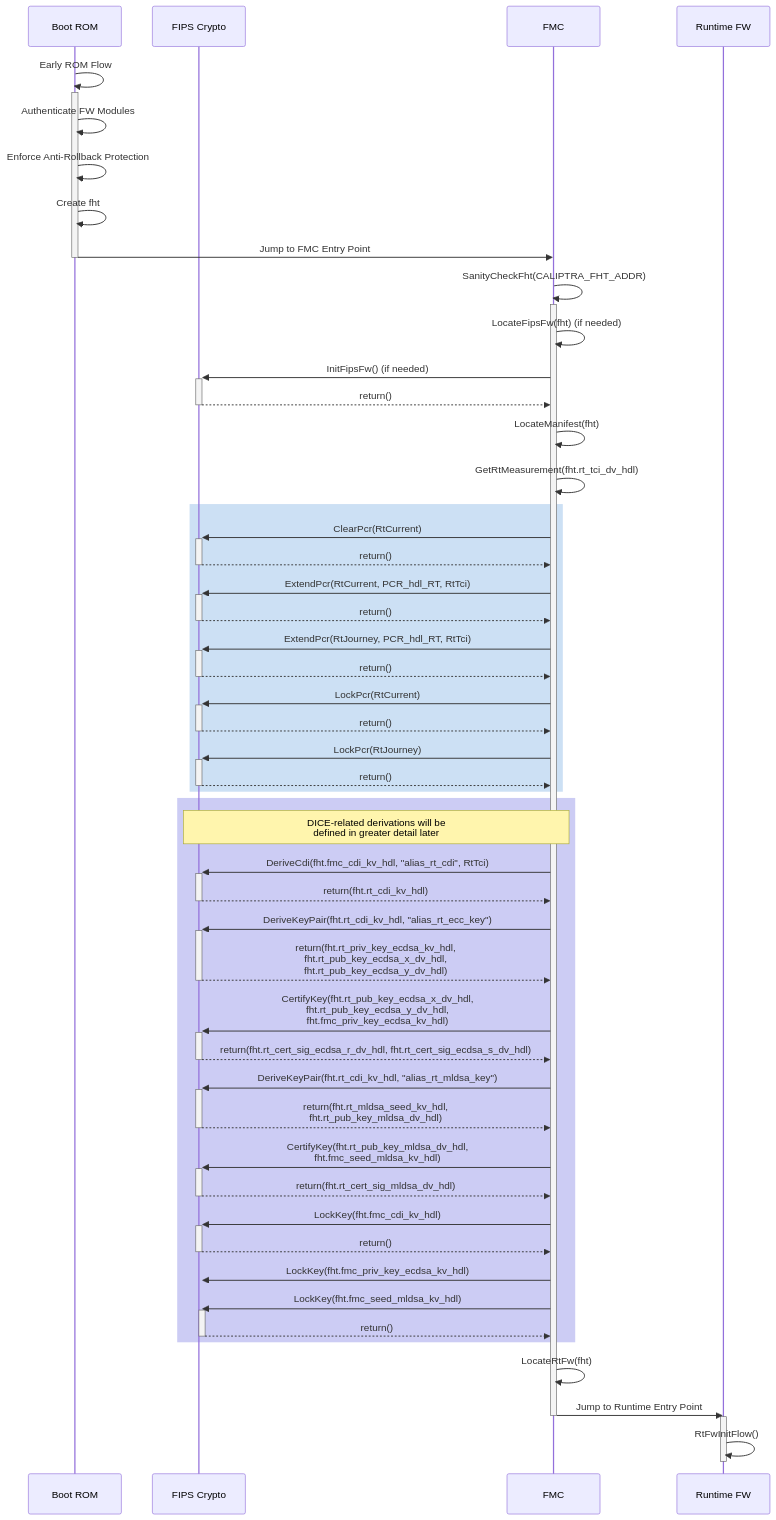
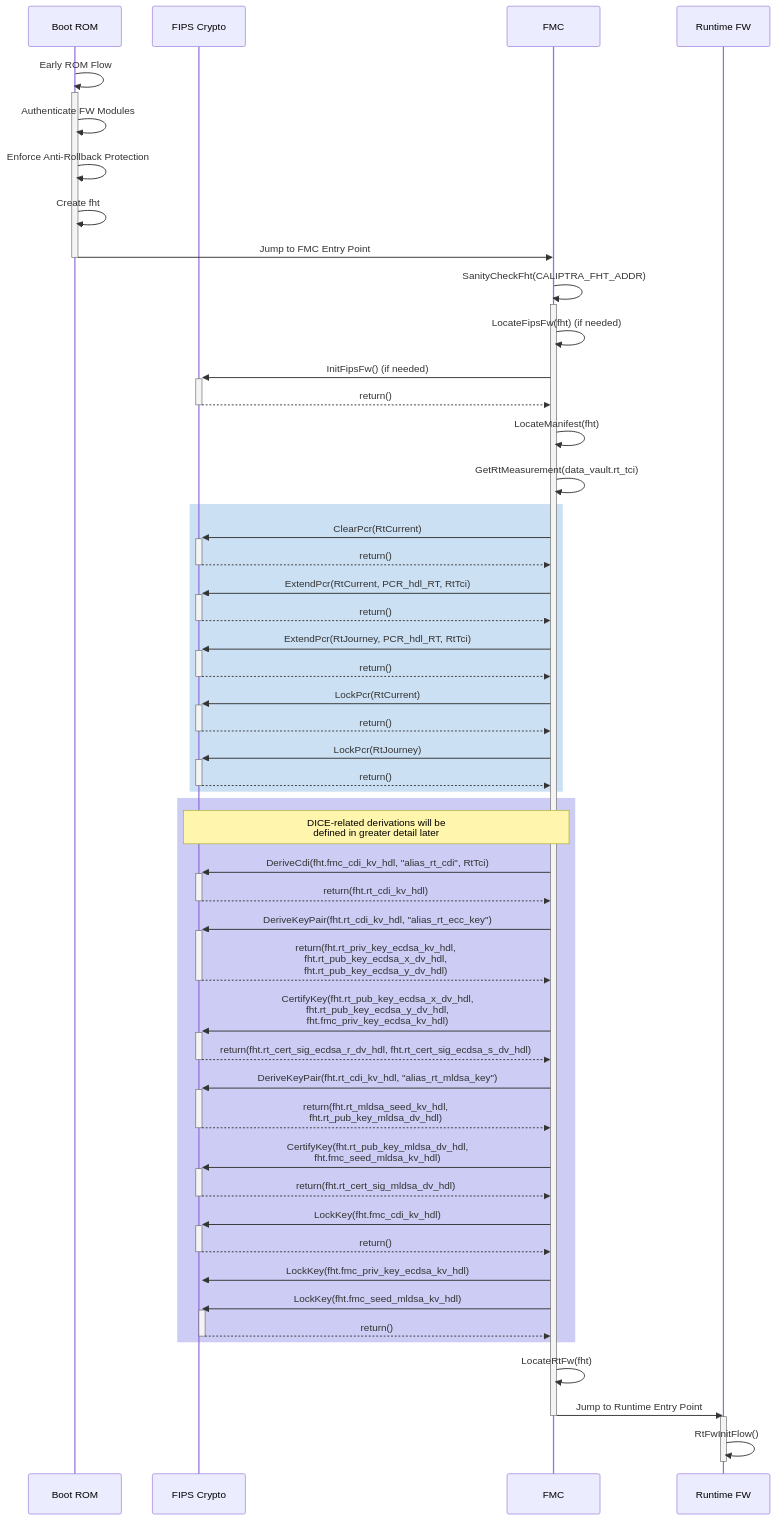
Before and after one commit to chipsalliance/caliptra-sw: the diagram in fmc/README.md, drawn with Mermaid. The commit also changed other lines of this file and 33 other files, not shown here.

First line of the commit message:
[feat] Data Vault in DCCM

````diff
--- a/fmc/README.md
+++ b/fmc/README.md
@@ -421,63 +391,63 @@
 ```mermaid
 sequenceDiagram
     participant ROM as Boot ROM
     participant FIPS as FIPS Crypto
     participant FMC as FMC
     participant RT as Runtime FW
 
     ROM->>+ROM: Early ROM Flow
     ROM->>ROM: Authenticate FW Modules
     ROM->>ROM: Enforce Anti-Rollback Protection
     ROM->>ROM: Create fht
     ROM->>-FMC: Jump to FMC Entry Point
 
     FMC->>+FMC: SanityCheckFht(CALIPTRA_FHT_ADDR)
     FMC->>FMC: LocateFipsFw(fht) (if needed)
     FMC->>+FIPS: InitFipsFw() (if needed)
     FIPS-->>-FMC: return()
     FMC->>FMC: LocateManifest(fht)
-    FMC->>FMC: GetRtMeasurement(fht.rt_tci_dv_hdl)
+    FMC->>FMC: GetRtMeasurement(data_vault.rt_tci)
 
     rect rgba(0, 100, 200, .2)
 
     FMC->>+FIPS: ClearPcr(RtCurrent)
     FIPS-->>-FMC: return()
     FMC->>+FIPS: ExtendPcr(RtCurrent, PCR_hdl_RT, RtTci)
     FIPS-->>-FMC: return()
     FMC->>+FIPS: ExtendPcr(RtJourney, PCR_hdl_RT, RtTci)
     FIPS-->>-FMC: return()
     FMC->>+FIPS: LockPcr(RtCurrent)
     FIPS-->>-FMC: return()
     FMC->>+FIPS: LockPcr(RtJourney)
     FIPS-->>-FMC: return()
 
     end %% rect
 
     rect rgba(0, 0, 200, .2)
     note over FIPS, FMC: DICE-related derivations will be<br> defined in greater detail later
 
     FMC->>+FIPS: DeriveCdi(fht.fmc_cdi_kv_hdl, "alias_rt_cdi", RtTci)
     FIPS-->>-FMC: return(fht.rt_cdi_kv_hdl)
     FMC->>+FIPS: DeriveKeyPair(fht.rt_cdi_kv_hdl, "alias_rt_ecc_key")
     FIPS-->>-FMC: return(fht.rt_priv_key_ecdsa_kv_hdl,<br> fht.rt_pub_key_ecdsa_x_dv_hdl,<br> fht.rt_pub_key_ecdsa_y_dv_hdl)
     FMC->>+FIPS: CertifyKey(fht.rt_pub_key_ecdsa_x_dv_hdl,<br> fht.rt_pub_key_ecdsa_y_dv_hdl,<br> fht.fmc_priv_key_ecdsa_kv_hdl)
     FIPS-->>-FMC: return(fht.rt_cert_sig_ecdsa_r_dv_hdl, fht.rt_cert_sig_ecdsa_s_dv_hdl)
     FMC->>+FIPS: DeriveKeyPair(fht.rt_cdi_kv_hdl, "alias_rt_mldsa_key")
     FIPS-->>-FMC: return(fht.rt_mldsa_seed_kv_hdl,<br> fht.rt_pub_key_mldsa_dv_hdl)
     FMC->>+FIPS: CertifyKey(fht.rt_pub_key_mldsa_dv_hdl,<br> fht.fmc_seed_mldsa_kv_hdl)
     FIPS-->>-FMC: return(fht.rt_cert_sig_mldsa_dv_hdl)
     FMC->>+FIPS: LockKey(fht.fmc_cdi_kv_hdl)
     FIPS-->>-FMC: return()
     FMC->>+FIPS: LockKey(fht.fmc_priv_key_ecdsa_kv_hdl)
     FMC->>+FIPS: LockKey(fht.fmc_seed_mldsa_kv_hdl)
     FIPS-->>-FMC: return()
 
     end %% rect
 
     FMC->>FMC: LocateRtFw(fht)
     FMC->>-RT: Jump to Runtime Entry Point
 
     activate RT
     RT->>RT: RtFwInitFlow()
     deactivate RT
 ```
````
